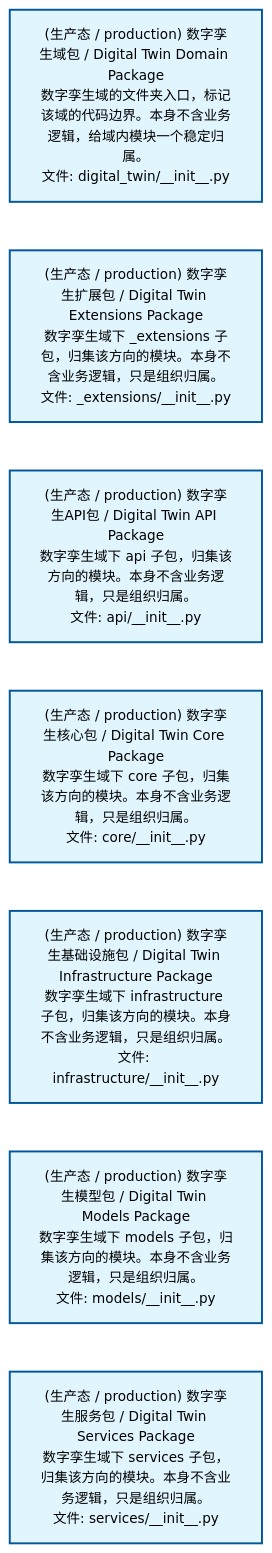
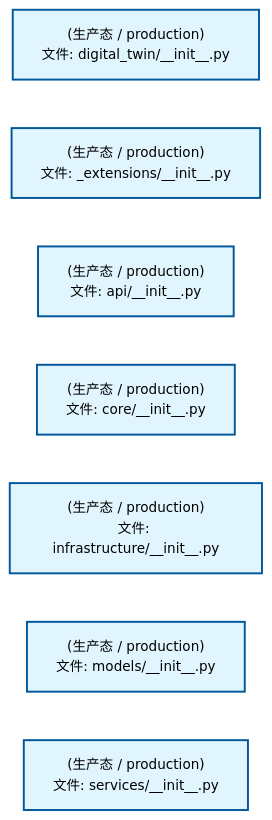
One commit to xuanFelixVan/ZephyrAlpha changed the first of 3 diagrams in docs/02_enterprise_architecture/02_domain_architecture_docs/42_d_digital_twin.md. Above: the diagram before and after it, drawn with Mermaid. The commit also changed other lines of this file and 75 other files, not shown here.

````diff
--- a/docs/02_enterprise_architecture/02_domain_architecture_docs/42_d_digital_twin.md
+++ b/docs/02_enterprise_architecture/02_domain_architecture_docs/42_d_digital_twin.md
@@ -53,22 +53,22 @@
 ```mermaid
 %%{init: {'theme': 'base', 'themeVariables': {'primaryColor': '#eaeaea', 'primaryTextColor': '#333333', 'primaryBorderColor': '#666666', 'lineColor': '#666666', 'secondaryColor': '#eaeaea', 'tertiaryColor': '#eaeaea', 'fontSize': '14px'}}}%%
 flowchart TD
-    src_zephyr_digital_twin_init_py["(生产态 / production) 数字孪生域包 / Digital Twin Domain Package<br/>数字孪生域的文件夹入口，标记该域的代码边界。本身不含业务逻辑，给域内模块一个稳定归属。<br/>文件: digital_twin/__init__.py"]
-    src_zephyr_digital_twin_extensions_init_py["(生产态 / production) 数字孪生扩展包 / Digital Twin Extensions Package<br/>数字孪生域下 _extensions 子包，归集该方向的模块。本身不含业务逻辑，只是组织归属。<br/>文件: _extensions/__init__.py"]
-    src_zephyr_digital_twin_api_init_py["(生产态 / production) 数字孪生API包 / Digital Twin API Package<br/>数字孪生域下 api 子包，归集该方向的模块。本身不含业务逻辑，只是组织归属。<br/>文件: api/__init__.py"]
-    src_zephyr_digital_twin_core_init_py["(生产态 / production) 数字孪生核心包 / Digital Twin Core Package<br/>数字孪生域下 core 子包，归集该方向的模块。本身不含业务逻辑，只是组织归属。<br/>文件: core/__init__.py"]
-    src_zephyr_digital_twin_infrastructure_init_py["(生产态 / production) 数字孪生基础设施包 / Digital Twin Infrastructure Package<br/>数字孪生域下 infrastructure 子包，归集该方向的模块。本身不含业务逻辑，只是组织归属。<br/>文件: infrastructure/__init__.py"]
-    src_zephyr_digital_twin_models_init_py["(生产态 / production) 数字孪生模型包 / Digital Twin Models Package<br/>数字孪生域下 models 子包，归集该方向的模块。本身不含业务逻辑，只是组织归属。<br/>文件: models/__init__.py"]
-    src_zephyr_digital_twin_services_init_py["(生产态 / production) 数字孪生服务包 / Digital Twin Services Package<br/>数字孪生域下 services 子包，归集该方向的模块。本身不含业务逻辑，只是组织归属。<br/>文件: services/__init__.py"]
+    src_zephyr_digital_twin_init_py["(生产态 / production)<br/>文件: digital_twin/__init__.py"]
+    src_zephyr_digital_twin_extensions_init_py["(生产态 / production)<br/>文件: _extensions/__init__.py"]
+    src_zephyr_digital_twin_api_init_py["(生产态 / production)<br/>文件: api/__init__.py"]
+    src_zephyr_digital_twin_core_init_py["(生产态 / production)<br/>文件: core/__init__.py"]
+    src_zephyr_digital_twin_infrastructure_init_py["(生产态 / production)<br/>文件: infrastructure/__init__.py"]
+    src_zephyr_digital_twin_models_init_py["(生产态 / production)<br/>文件: models/__init__.py"]
+    src_zephyr_digital_twin_services_init_py["(生产态 / production)<br/>文件: services/__init__.py"]
     src_zephyr_digital_twin_init_py ~~~ src_zephyr_digital_twin_extensions_init_py
     src_zephyr_digital_twin_extensions_init_py ~~~ src_zephyr_digital_twin_api_init_py
     src_zephyr_digital_twin_api_init_py ~~~ src_zephyr_digital_twin_core_init_py
     src_zephyr_digital_twin_core_init_py ~~~ src_zephyr_digital_twin_infrastructure_init_py
     src_zephyr_digital_twin_infrastructure_init_py ~~~ src_zephyr_digital_twin_models_init_py
     src_zephyr_digital_twin_models_init_py ~~~ src_zephyr_digital_twin_services_init_py
     classDef production fill:#e1f5fe,stroke:#01579b,stroke-width:2px,color:#000
     classDef design fill:#fff3e0,stroke:#e65100,stroke-width:2px,color:#000,stroke-dasharray: 5 5
     classDef external_prod fill:#e8f4fd,stroke:#0277bd,stroke-width:1px,color:#000
     classDef external_design fill:#fff8e7,stroke:#ef6c00,stroke-width:1px,color:#000,stroke-dasharray: 5 5
     class src_zephyr_digital_twin_init_py,src_zephyr_digital_twin_extensions_init_py,src_zephyr_digital_twin_api_init_py,src_zephyr_digital_twin_core_init_py,src_zephyr_digital_twin_infrastructure_init_py,src_zephyr_digital_twin_models_init_py,src_zephyr_digital_twin_services_init_py production
 ```
````
